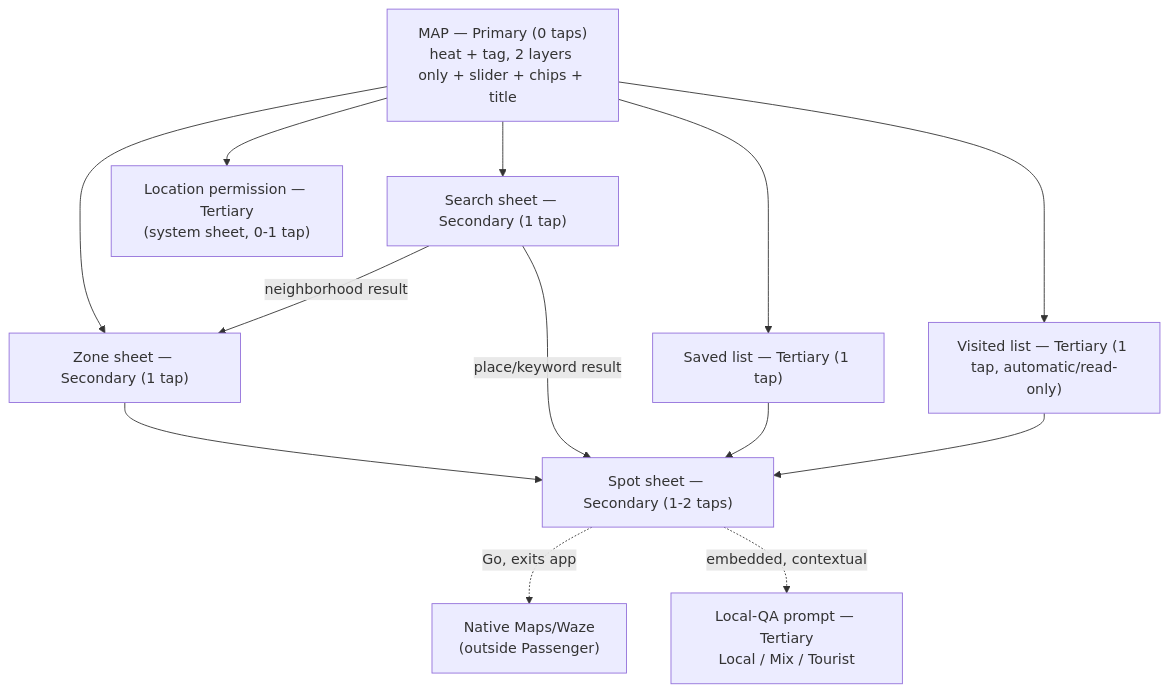
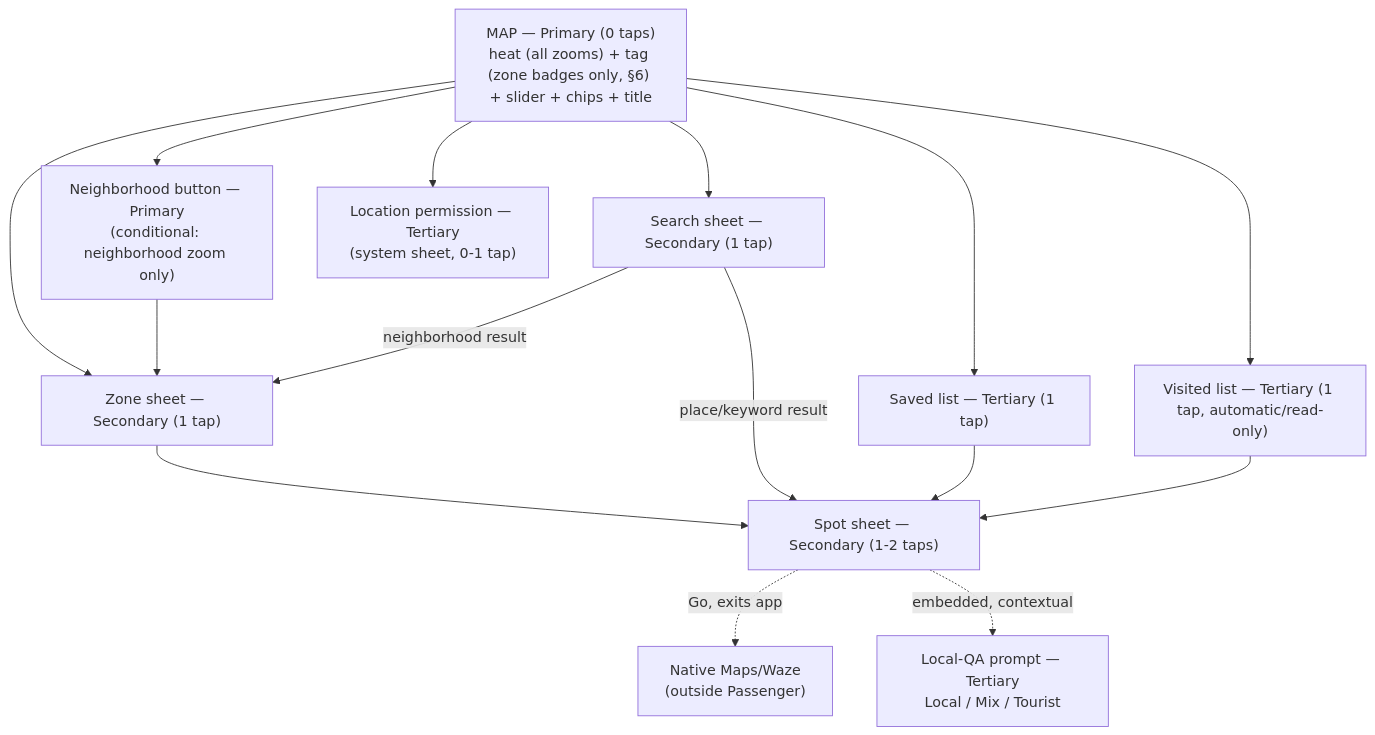
Before and after one commit to AviranGrisaro/passenger-brain: the second of 2 diagrams in design/ux-flows.md, drawn with Mermaid. The commit also changed other lines of this file and 3 other files, not shown here.

First line of the commit message:
design: fix tag-layer density with a neighborhood button and zone-level badges

````diff
--- a/design/ux-flows.md
+++ b/design/ux-flows.md
@@ -229,16 +237,18 @@
 ```mermaid
 flowchart TD
-    Map["MAP — Primary (0 taps)\nheat + tag, 2 layers only + slider + chips + title"]
+    Map["MAP — Primary (0 taps)\nheat (all zooms) + tag (zone badges only, §6) + slider + chips + title"]
     Map --> Zone["Zone sheet — Secondary (1 tap)"]
+    Map --> Neigh["Neighborhood button — Primary\n(conditional: neighborhood zoom only)"]
+    Neigh --> Zone
     Zone --> Spot["Spot sheet — Secondary (1-2 taps)"]
     Spot -.Go, exits app.-> Handoff["Native Maps/Waze\n(outside Passenger)"]
     Map --> Search["Search sheet — Secondary (1 tap)"]
     Search -->|place/keyword result| Spot
     Search -->|neighborhood result| Zone
     Map --> Saved["Saved list — Tertiary (1 tap)"]
     Map --> Visited["Visited list — Tertiary (1 tap, automatic/read-only)"]
     Saved --> Spot
     Visited --> Spot
     Spot -. embedded, contextual .-> QA["Local-QA prompt — Tertiary\nLocal / Mix / Tourist"]
     Map --> Perm["Location permission — Tertiary\n(system sheet, 0-1 tap)"]
 ```
````
